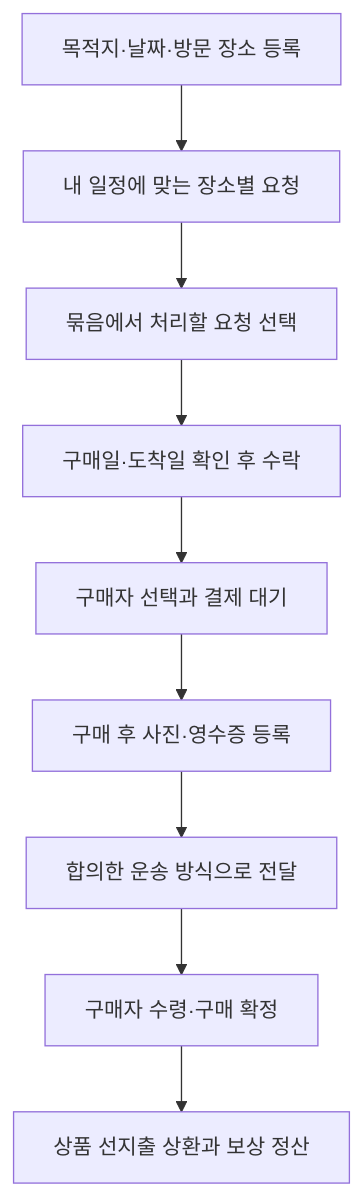
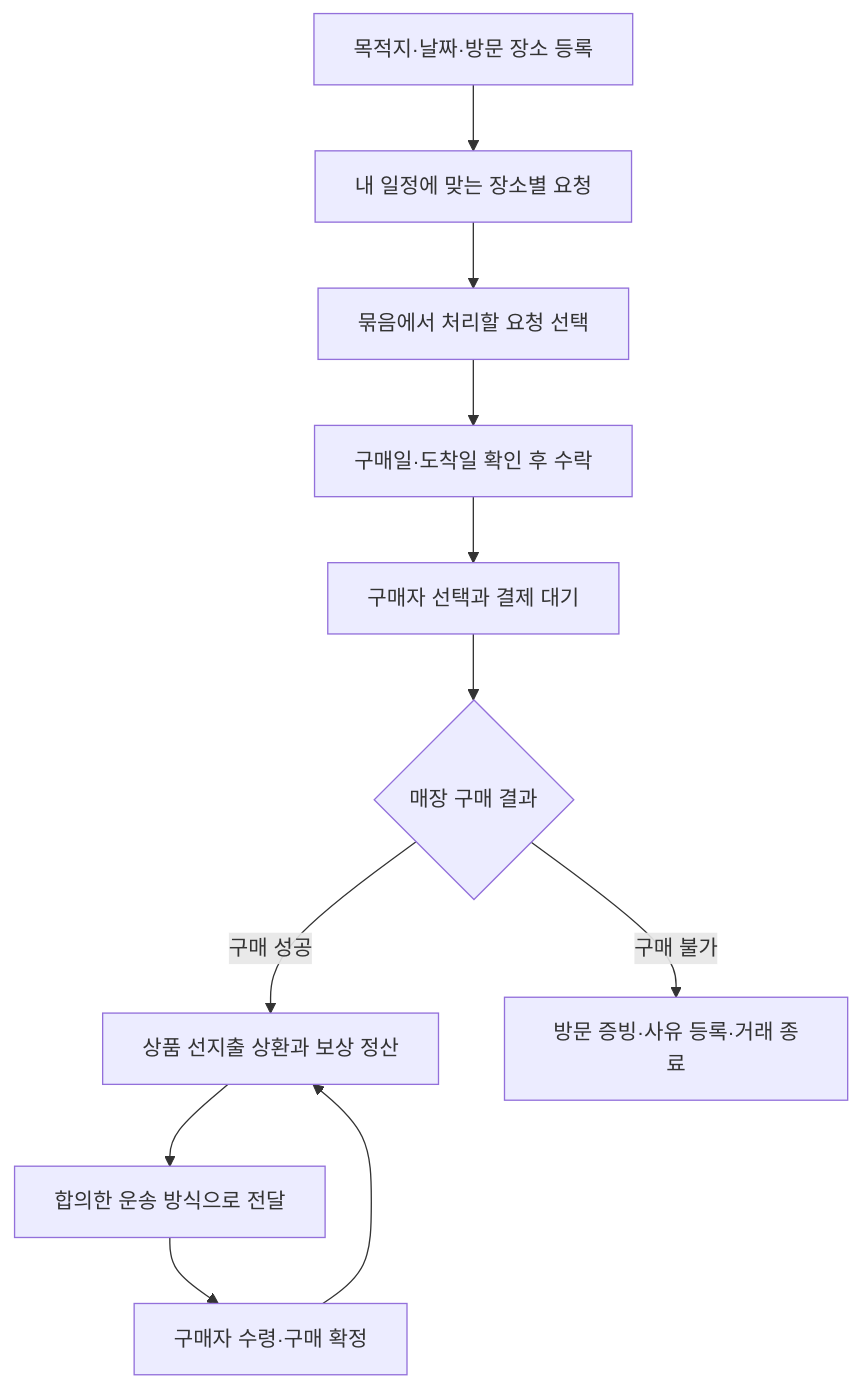
One commit to sounkimha/moa changed the second of 2 diagrams in docs/01-product-and-flows.md. Above: the diagram before and after it, drawn with Mermaid. The commit also changed other lines of this file and 48 other files, not shown here.

Commit message:
feat: complete demo trade flow and polish UX

````diff
--- a/docs/01-product-and-flows.md
+++ b/docs/01-product-and-flows.md
@@ -34,11 +36,13 @@
 ```mermaid
 flowchart TD
   A["목적지·날짜·방문 장소 등록"] --> B["내 일정에 맞는 장소별 요청"]
   B --> C["묶음에서 처리할 요청 선택"]
   C --> D["구매일·도착일 확인 후 수락"]
   D --> E["구매자 선택과 결제 대기"]
-  E --> F["구매 후 사진·영수증 등록"]
-  F --> G["합의한 운송 방식으로 전달"]
+  E --> F{"매장 구매 결과"}
+  F -->|구매 성공| I["상품 사진 또는 영수증 등록"]
+  F -->|구매 불가| J["방문 증빙·사유 등록·거래 종료"]
+  I --> G["합의한 운송 방식으로 전달"]
   G --> H["구매자 수령·구매 확정"]
   H --> I["상품 선지출 상환과 보상 정산"]
 ```
````
